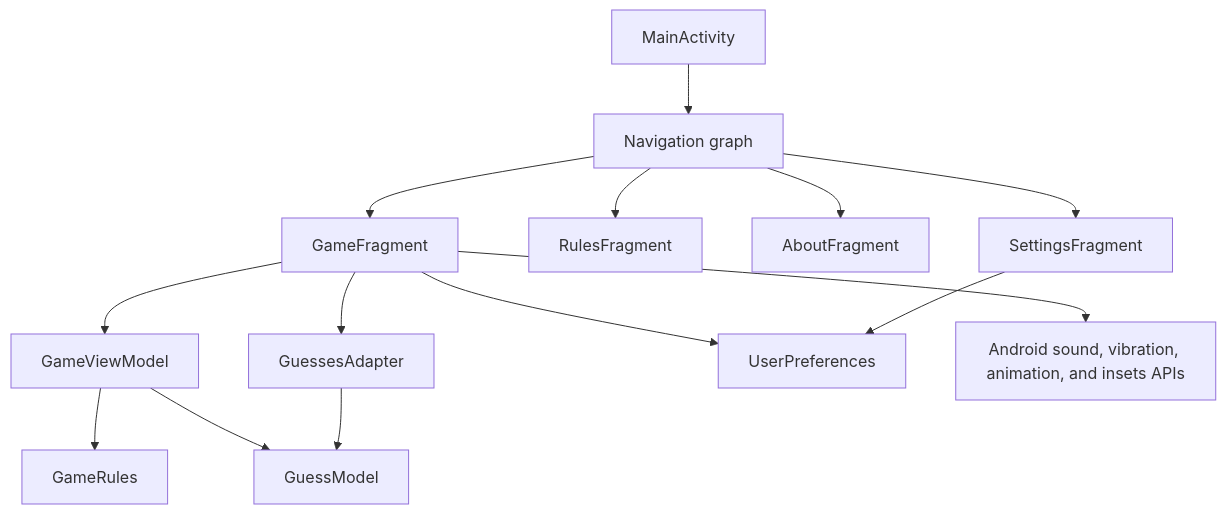
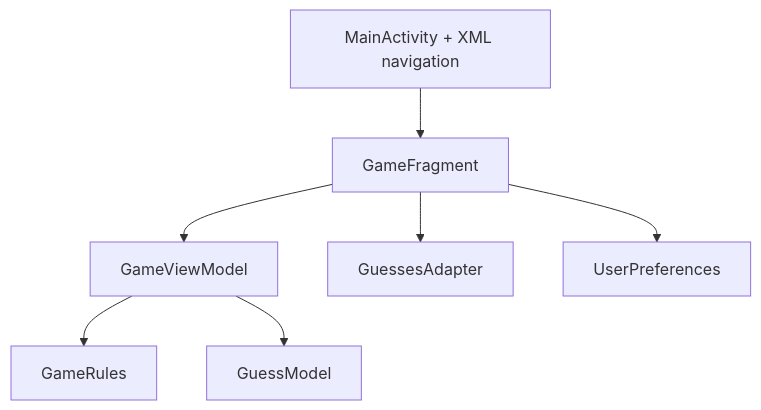
One commit to theKeval/Guesser changed the third of 3 diagrams in docs/architecture.md. Above: the diagram before and after it, drawn with Mermaid. The commit also changed other lines of this file and 6 other files, not shown here.

````diff
--- a/docs/architecture.md
+++ b/docs/architecture.md
@@ -10,16 +134,9 @@
 ```mermaid
 flowchart TD
-    A[MainActivity] --> N[Navigation graph]
-    N --> G[GameFragment]
-    N --> R[RulesFragment]
-    N --> B[AboutFragment]
-    N --> S[SettingsFragment]
-    G --> VM[GameViewModel]
-    VM --> GR[GameRules]
-    VM --> M[GuessModel]
-    G --> AD[GuessesAdapter]
-    AD --> M
-    G --> P[UserPreferences]
-    S --> P
-    G --> X[Android sound, vibration, animation, and insets APIs]
+    MA[MainActivity + XML navigation] --> GF[GameFragment]
+    GF --> VM[GameViewModel]
+    VM --> RULES[GameRules]
+    VM --> MODEL[GuessModel]
+    GF --> ADAPTER[GuessesAdapter]
+    GF --> PREFS[UserPreferences]
 ```
````
